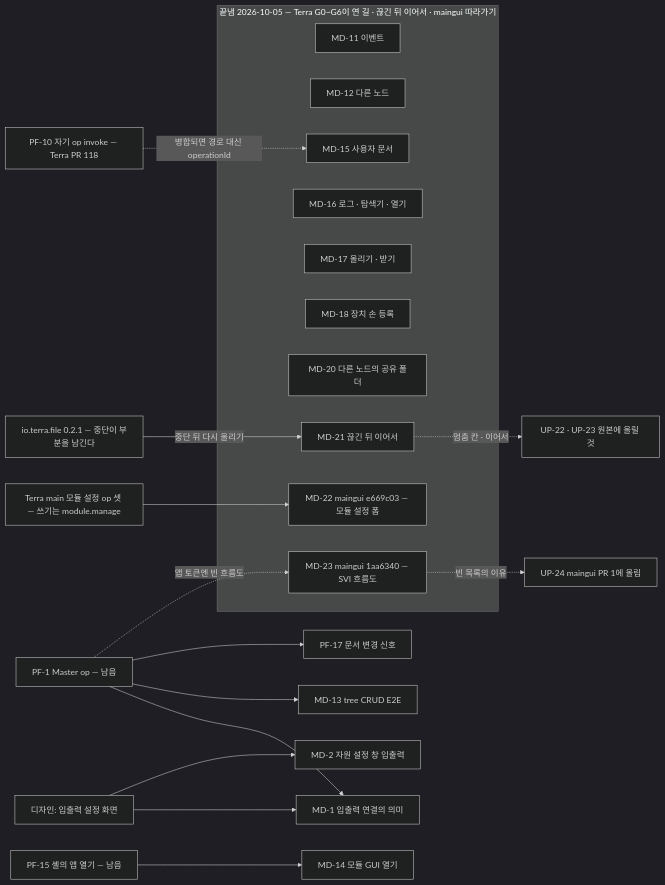
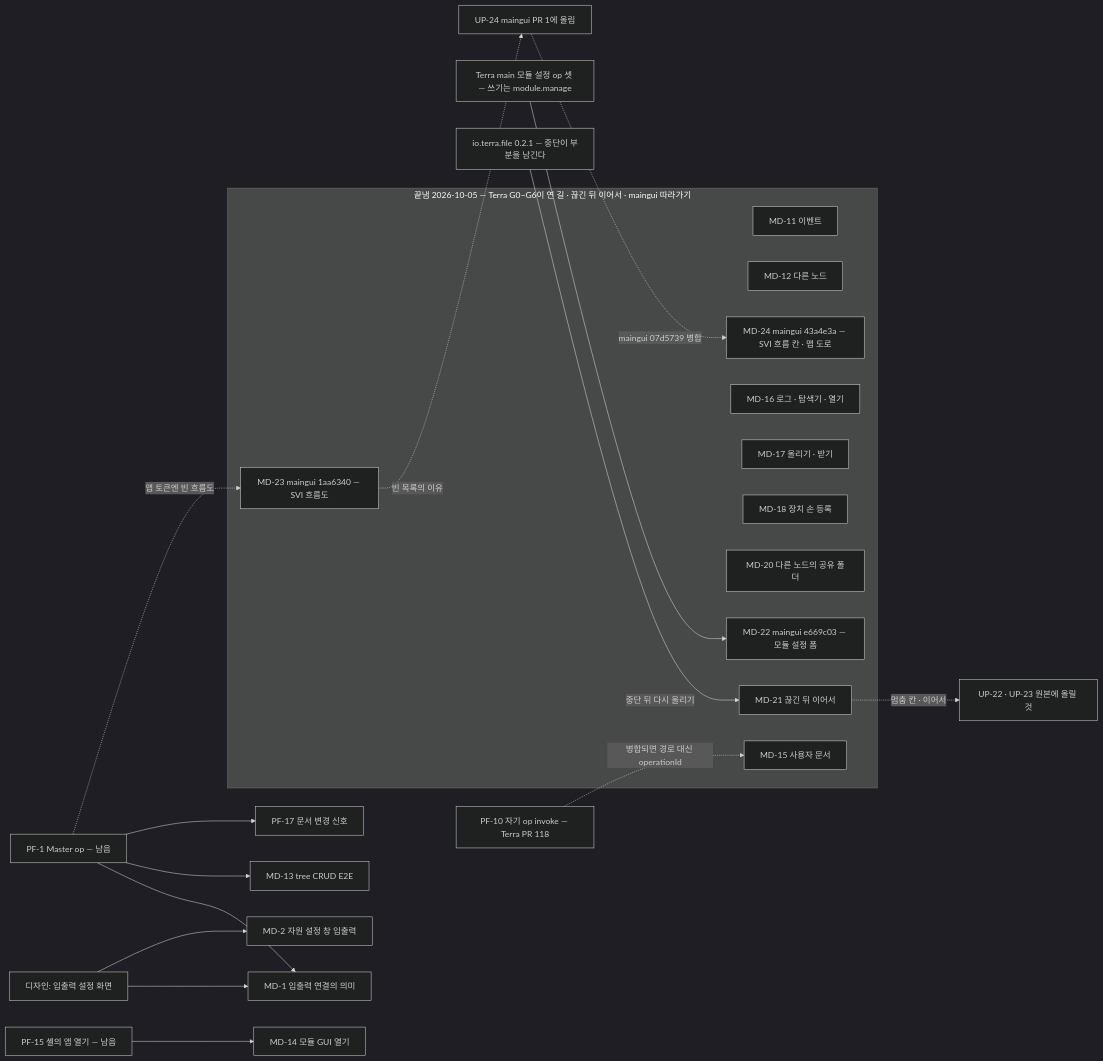
The diagram in common/lab.stellaxia.node-gui/web/docs/guides/implementation-backlog.md (StellaxiaLab/modules), drawn with Mermaid (dark theme) before and after one commit. The commit also changed other lines of this file and 21 other files, not shown here.

First line of the commit message:
feat(node-gui): maingui 43a4e3a 따라가기 — SVI 흐름 칸 · 맵 도로 (MD-24)

````diff
--- a/common/lab.stellaxia.node-gui/web/docs/guides/implementation-backlog.md
+++ b/common/lab.stellaxia.node-gui/web/docs/guides/implementation-backlog.md
@@ -52,27 +53,29 @@
 ```mermaid
 flowchart LR
   subgraph DONE["끝냄 2026-10-05 — Terra G0~G6이 연 길 · 끊긴 뒤 이어서 · maingui 따라가기"]
     MD11["MD-11 이벤트"]
     MD12["MD-12 다른 노드"]
     MD15["MD-15 사용자 문서"]
     MD16["MD-16 로그 · 탐색기 · 열기"]
     MD17["MD-17 올리기 · 받기"]
     MD18["MD-18 장치 손 등록"]
     MD20["MD-20 다른 노드의 공유 폴더"]
     MD21["MD-21 끊긴 뒤 이어서"]
     MD22["MD-22 maingui e669c03 — 모듈 설정 폼"]
     MD23["MD-23 maingui 1aa6340 — SVI 흐름도"]
+    MD24["MD-24 maingui 43a4e3a — SVI 흐름 칸 · 맵 도로"]
   end
   CFG["Terra main 모듈 설정 op 셋 — 쓰기는 module.manage"] --> MD22
   FILE021["io.terra.file 0.2.1 — 중단이 부분을 남긴다"] -->|"중단 뒤 다시 올리기"| MD21
   MD21 -.->|"멈춤 칸 · 이어서"| UP22["UP-22 · UP-23 원본에 올릴 것"]
   MD23 -.->|"빈 목록의 이유"| UP24["UP-24 maingui PR 1에 올림"]
+  UP24 -.->|"maingui 07d5739 병합"| MD24
   PF10["PF-10 자기 op invoke — Terra PR 118"] -.->|"병합되면 경로 대신 operationId"| MD15
   PF1["PF-1 Master op — 남음"] --> MD1["MD-1 입출력 연결의 의미"]
   PF1 --> MD13["MD-13 tree CRUD E2E"]
   PF1 --> PF17["PF-17 문서 변경 신호"]
   PF1 -.->|"앱 토큰엔 빈 흐름도"| MD23
   PF15["PF-15 셸의 앱 열기 — 남음"] --> MD14["MD-14 모듈 GUI 열기"]
   DES["디자인: 입출력 설정 화면"] --> MD1
   DES --> MD2["MD-2 자원 설정 창 입출력"]
 ```
````
